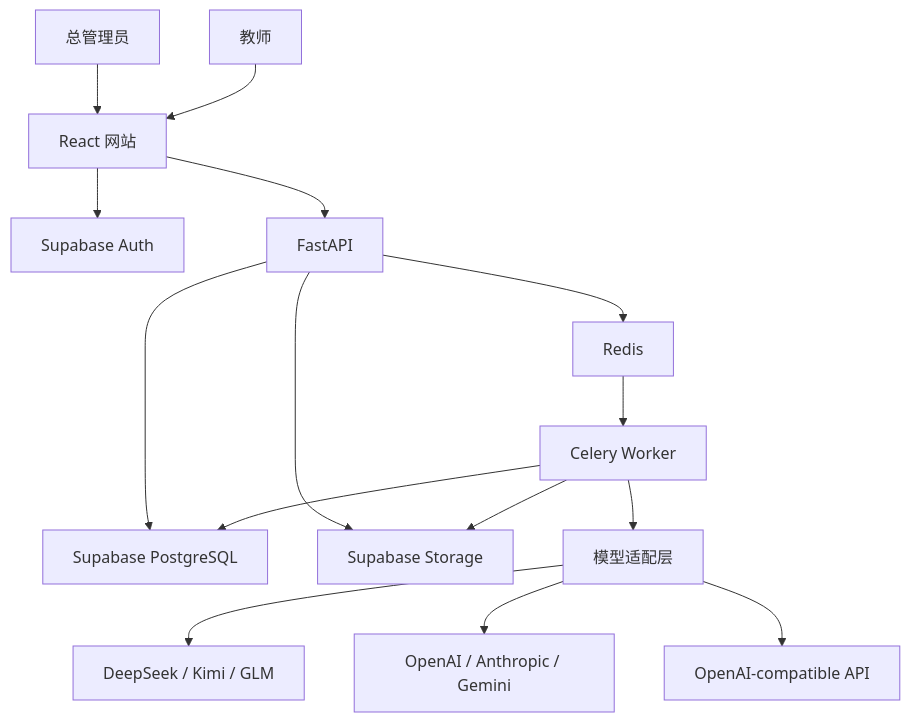
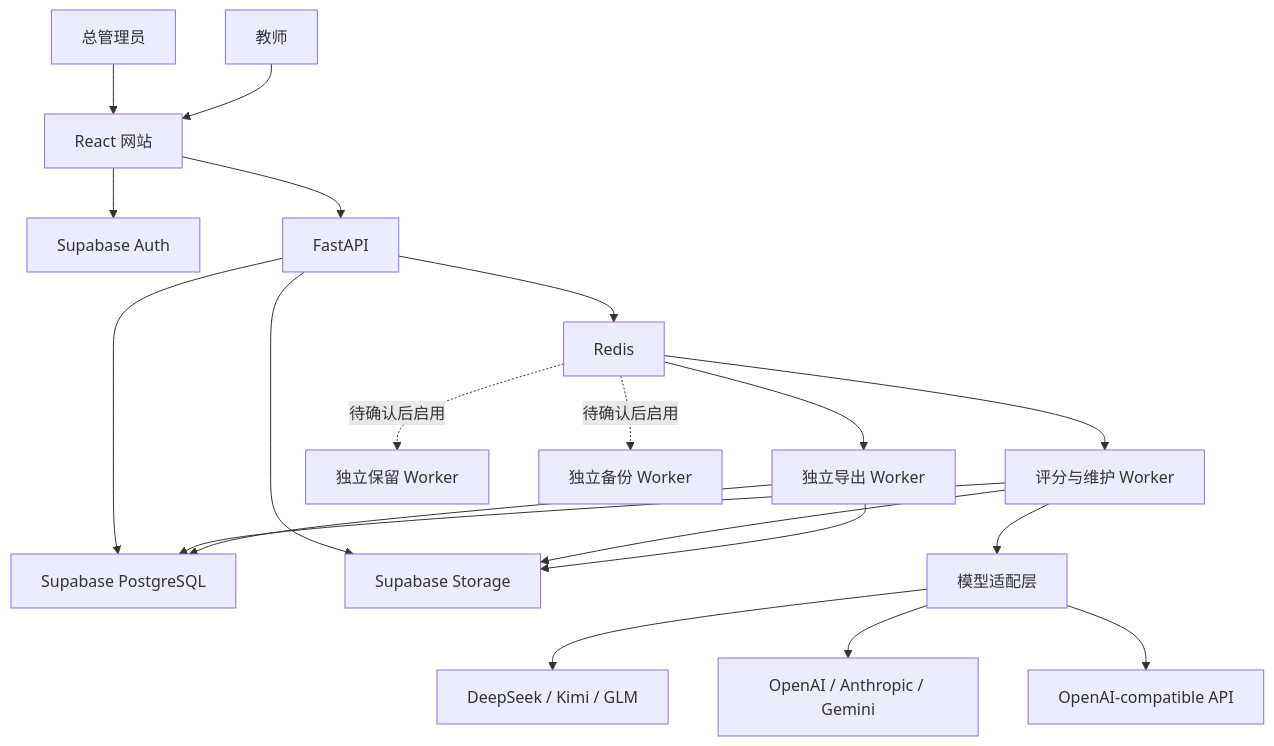
One commit to chioapple/paper-grading changed the diagram in ARCHITECTURE.md. Above: the diagram before and after it, drawn with Mermaid. The commit also changed other lines of this file and 174 other files, not shown here.

````diff
--- a/ARCHITECTURE.md
+++ b/ARCHITECTURE.md
@@ -5,17 +5,22 @@
 ```mermaid
 flowchart TD
     A[总管理员] --> WEB[React 网站]
     T[教师] --> WEB
     WEB --> AUTH[Supabase Auth]
     WEB --> API[FastAPI]
     API --> DB[Supabase PostgreSQL]
     API --> STORAGE[Supabase Storage]
     API --> REDIS[Redis]
-    REDIS --> WORKER[Celery Worker]
+    REDIS --> WORKER[评分与维护 Worker]
+    REDIS --> EXPORT_WORKER[独立导出 Worker]
+    REDIS -. 待确认后启用 .-> RETENTION_WORKER[独立保留 Worker]
+    REDIS -. 待确认后启用 .-> BACKUP_WORKER[独立备份 Worker]
     WORKER --> PROVIDERS[模型适配层]
     PROVIDERS --> CN[DeepSeek / Kimi / GLM]
     PROVIDERS --> GLOBAL[OpenAI / Anthropic / Gemini]
     PROVIDERS --> COMPAT[OpenAI-compatible API]
     WORKER --> DB
     WORKER --> STORAGE
+    EXPORT_WORKER --> DB
+    EXPORT_WORKER --> STORAGE
 ```
````
